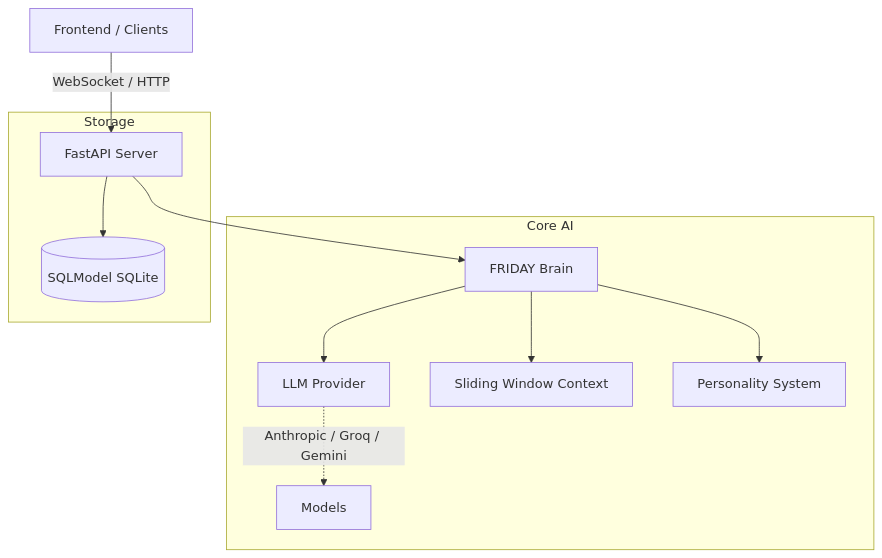
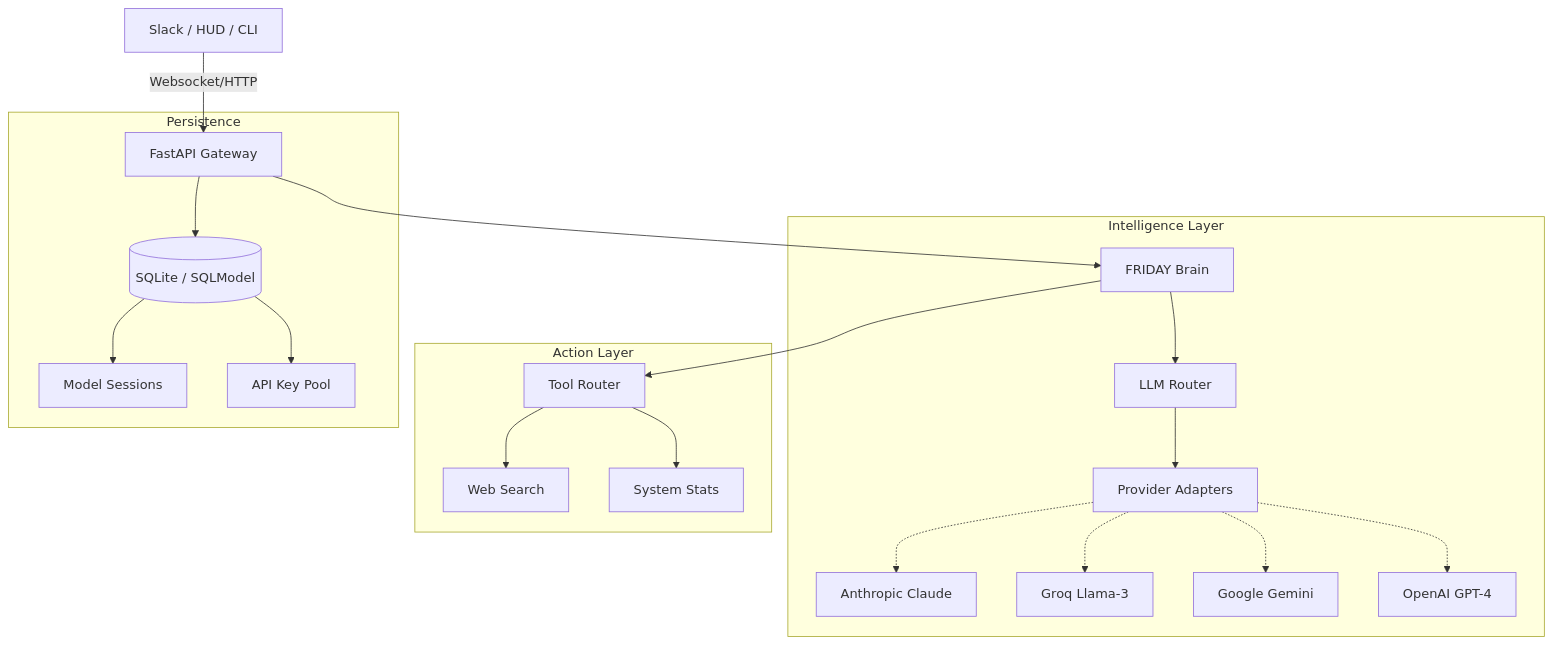
The diagram in README.md (chaitanya-369/FRIDAY-AGENT), drawn with Mermaid before and after one commit. The commit also changed other lines of this file and 53 other files, not shown here.

````diff
--- a/README.md
+++ b/README.md
@@ -12,16 +27,26 @@
 ```mermaid
 graph TD
-    UI[Frontend / Clients] -->|WebSocket / HTTP| API[FastAPI Server]
-    API --> Brain[FRIDAY Brain]
+    Client[Slack / HUD / CLI] -->|Websocket/HTTP| Gateway[FastAPI Gateway]
+    Gateway --> Brain[FRIDAY Brain]
     
-    subgraph Core AI
-        Brain --> LLM[LLM Provider]
-        LLM -.->|Anthropic / Groq / Gemini| Models
-        Brain --> Memory[Sliding Window Context]
-        Brain --> Persona[Personality System]
+    subgraph "Intelligence Layer"
+        Brain --> Router[LLM Router]
+        Router --> Adapters[Provider Adapters]
+        Adapters -.-> Anthropic[Anthropic Claude]
+        Adapters -.-> Groq[Groq Llama-3]
+        Adapters -.-> Google[Google Gemini]
+        Adapters -.-> OpenAI[OpenAI GPT-4]
     end
     
-    subgraph Storage
-        API --> DB[(SQLModel SQLite)]
+    subgraph "Action Layer"
+        Brain --> Tools[Tool Router]
+        Tools --> Search[Web Search]
+        Tools --> System[System Stats]
+    end
+    
+    subgraph "Persistence"
+        Gateway --> DB[(SQLite / SQLModel)]
+        DB --> Sessions[Model Sessions]
+        DB --> Keys[API Key Pool]
     end
 ```
````
